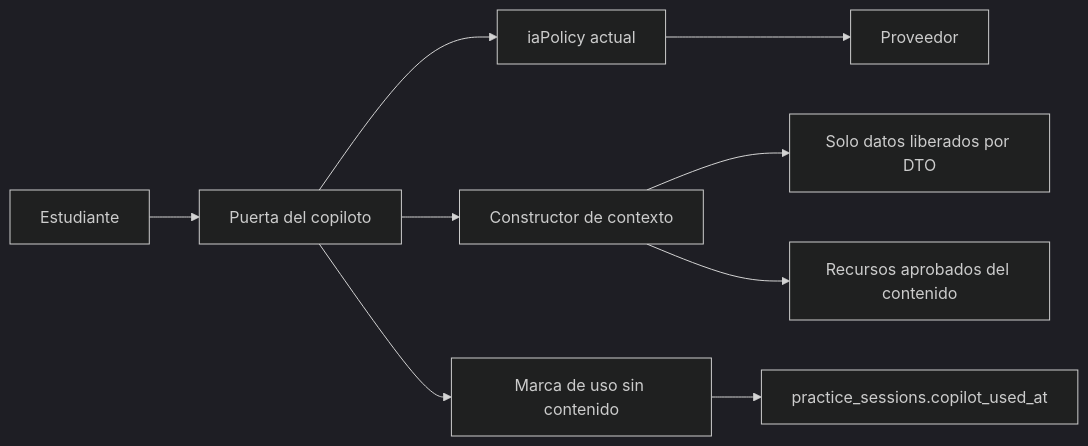
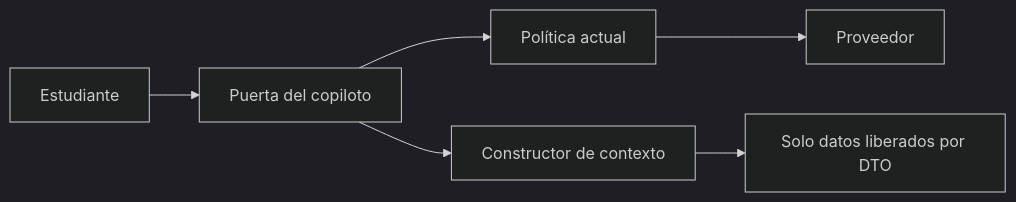
Before and after one commit to juanpablomonsalvezb-alt/brkl: the diagram in docs/vortice/diseno-tecnico/07_COPILOTO_IA.md, drawn with Mermaid (dark theme). The commit also changed other lines of this file and 10 other files, not shown here.

````diff
--- a/docs/vortice/diseno-tecnico/07_COPILOTO_IA.md
+++ b/docs/vortice/diseno-tecnico/07_COPILOTO_IA.md
@@ -52,11 +91,8 @@
 ```mermaid
 flowchart LR
   U[Estudiante] --> G[Puerta del copiloto]
-  G --> P[iaPolicy actual]
+  G --> P[Política actual]
   G --> CTX[Constructor de contexto]
   CTX --> S[Solo datos liberados por DTO]
-  CTX --> R[Recursos aprobados del contenido]
   P --> L[Proveedor]
-  G --> T[Marca de uso sin contenido]
-  T --> PS[practice_sessions.copilot_used_at]
 ```
````
